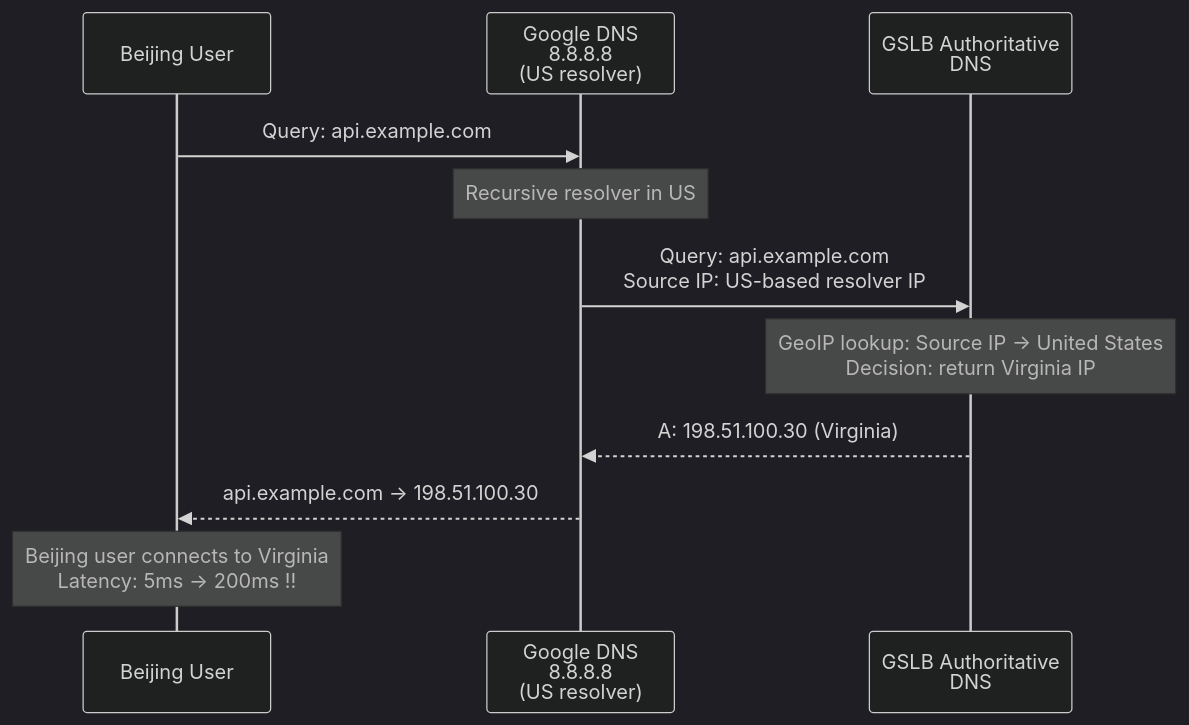
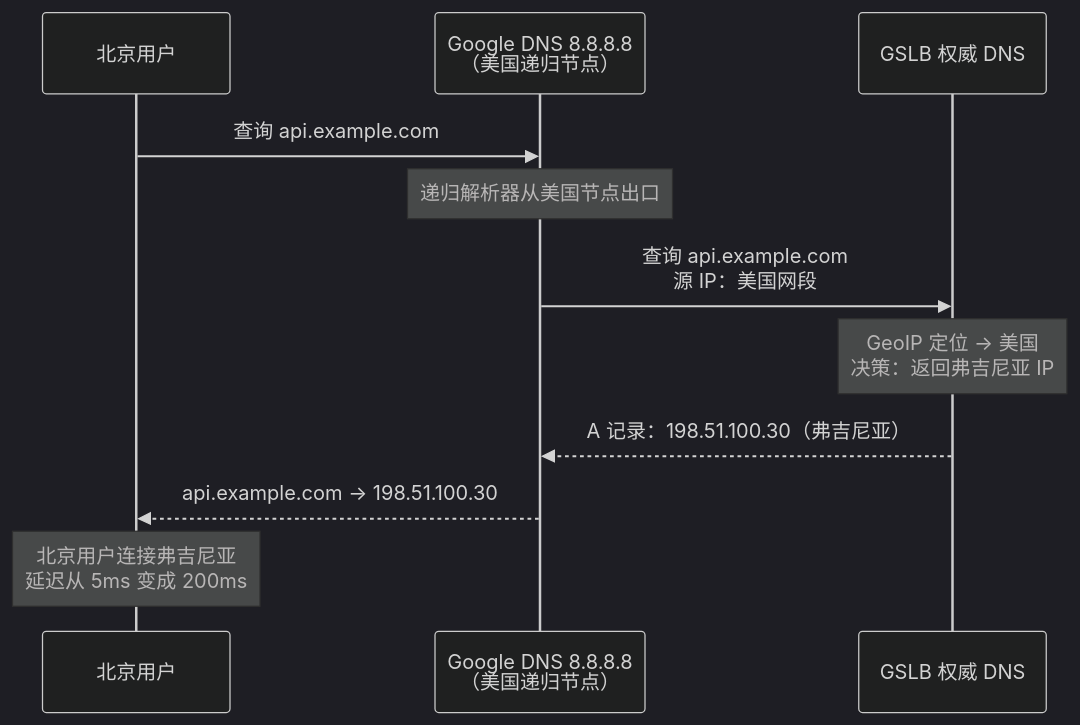
Before and after one commit to caozhiyi/network-book: the third of 3 diagrams in docs/23.全球用户如何找到最近的服务DNS与GSLB.md, drawn with Mermaid (dark theme). The commit also changed other lines of this file and 36 other files, not shown here.

````diff
--- a/docs/23.全球用户如何找到最近的服务DNS与GSLB.md
+++ b/docs/23.全球用户如何找到最近的服务DNS与GSLB.md
@@ -198,17 +166,17 @@
 ```mermaid
 sequenceDiagram
-    participant User as Beijing User
-    participant Google as Google DNS<br/>8.8.8.8<br/>(US resolver)
-    participant Auth as GSLB Authoritative<br/>DNS
+    participant User as 北京用户
+    participant Google as Google DNS 8.8.8.8<br/>（美国递归节点）
+    participant Auth as GSLB 权威 DNS
 
-    User->>Google: Query: api.example.com
-    Note over Google: Recursive resolver in US
+    User->>Google: 查询 api.example.com
+    Note over Google: 递归解析器从美国节点出口
 
-    Google->>Auth: Query: api.example.com<br/>Source IP: US-based resolver IP
-    Note over Auth: GeoIP lookup: Source IP → United States<br/>Decision: return Virginia IP
+    Google->>Auth: 查询 api.example.com<br/>源 IP：美国网段
+    Note over Auth: GeoIP 定位 → 美国<br/>决策：返回弗吉尼亚 IP
 
-    Auth-->>Google: A: 198.51.100.30 (Virginia)
+    Auth-->>Google: A 记录：198.51.100.30（弗吉尼亚）
     Google-->>User: api.example.com → 198.51.100.30
 
-    Note over User: Beijing user connects to Virginia<br/>Latency: 5ms → 200ms !!
+    Note over User: 北京用户连接弗吉尼亚<br/>延迟从 5ms 变成 200ms
 ```
````
